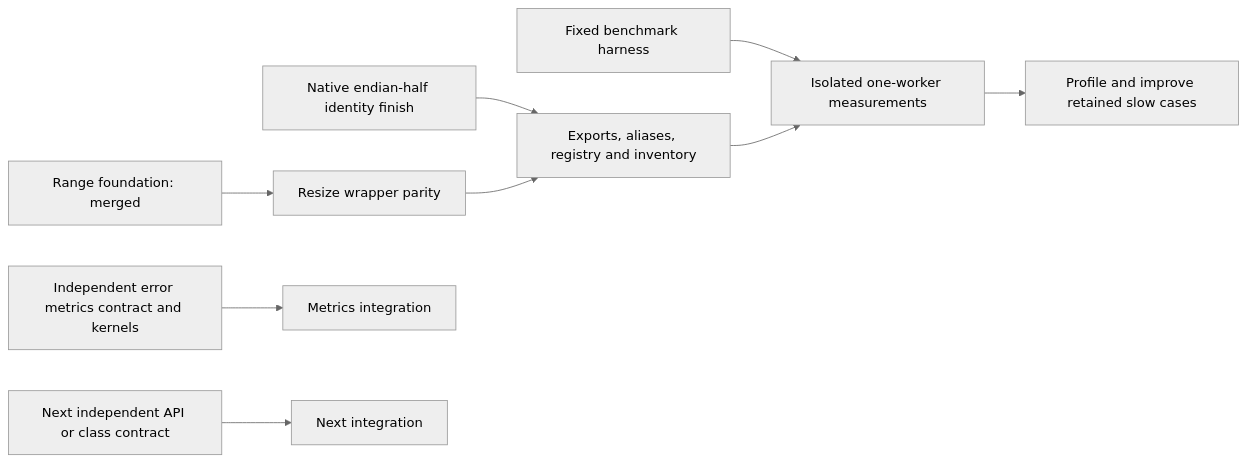
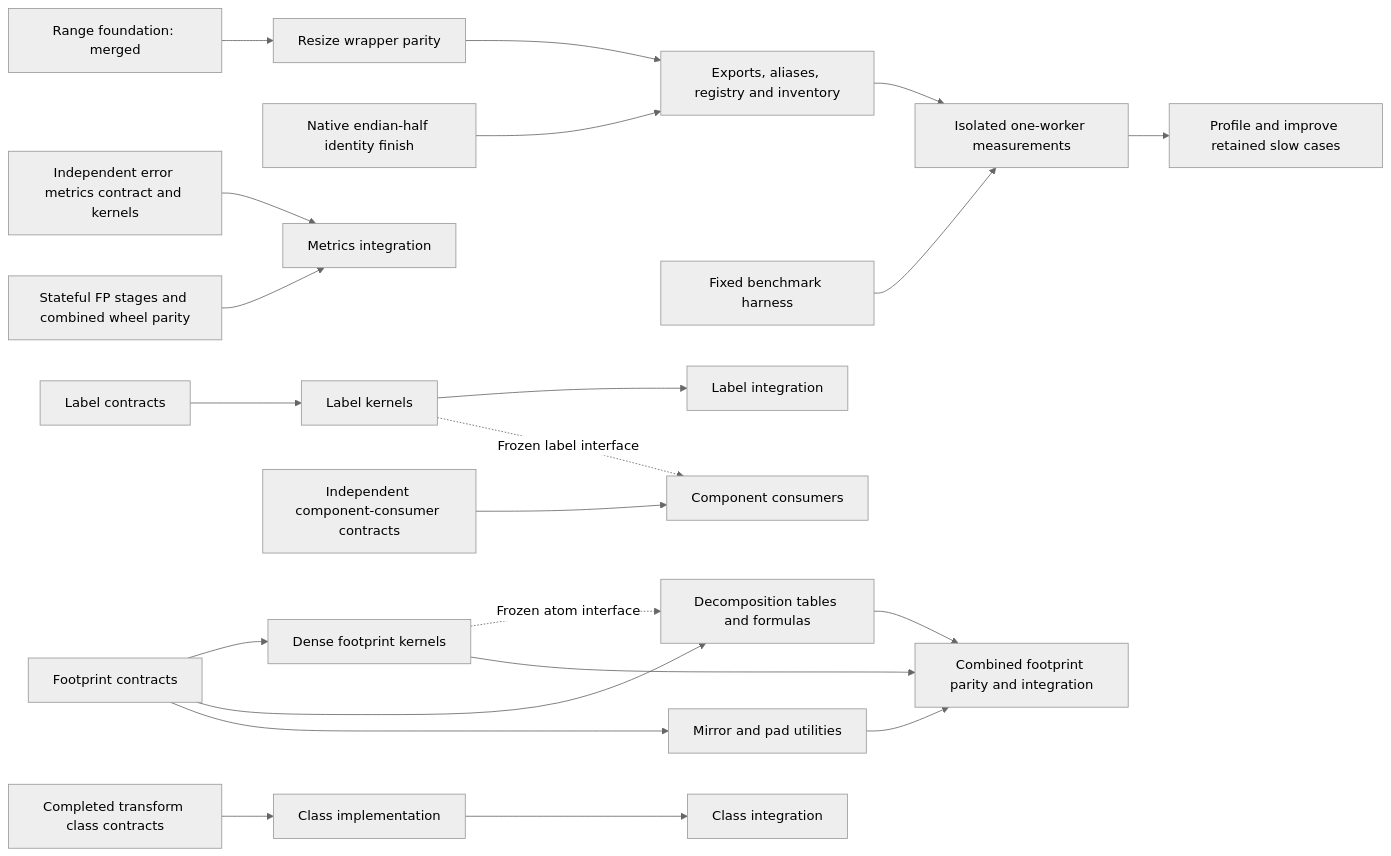
The diagram in coverage/EXECUTION_PLAN.md (bipxx/scikit-imagexx), drawn with Mermaid (neutral theme) before and after one commit. The commit also changed other lines of this file and 3 other files, not shown here.

````diff
--- a/coverage/EXECUTION_PLAN.md
+++ b/coverage/EXECUTION_PLAN.md
@@ -49,11 +83,22 @@
 ```mermaid
 flowchart LR
     R[Range foundation: merged] --> A[Resize wrapper parity]
     F[Native endian-half identity finish] --> I
     A --> I[Exports, aliases, registry and inventory]
     H[Fixed benchmark harness] --> B[Isolated one-worker measurements]
     I --> B
     B --> T[Profile and improve retained slow cases]
     M[Independent error metrics contract and kernels] --> MI[Metrics integration]
-    C[Next independent API or class contract] --> CI[Next integration]
+    MC[Stateful FP stages and combined wheel parity] --> MI
+    L[Label contracts] --> LK[Label kernels] --> LI[Label integration]
+    LC[Independent component-consumer contracts] --> CC[Component consumers]
+    LK -. Frozen label interface .-> CC
+    P[Footprint contracts] --> PK[Dense footprint kernels]
+    P --> D[Decomposition tables and formulas]
+    PK -. Frozen atom interface .-> D
+    P --> U[Mirror and pad utilities]
+    PK --> PI[Combined footprint parity and integration]
+    D --> PI
+    U --> PI
+    C[Completed transform class contracts] --> CK[Class implementation] --> CI[Class integration]
 ```
````
